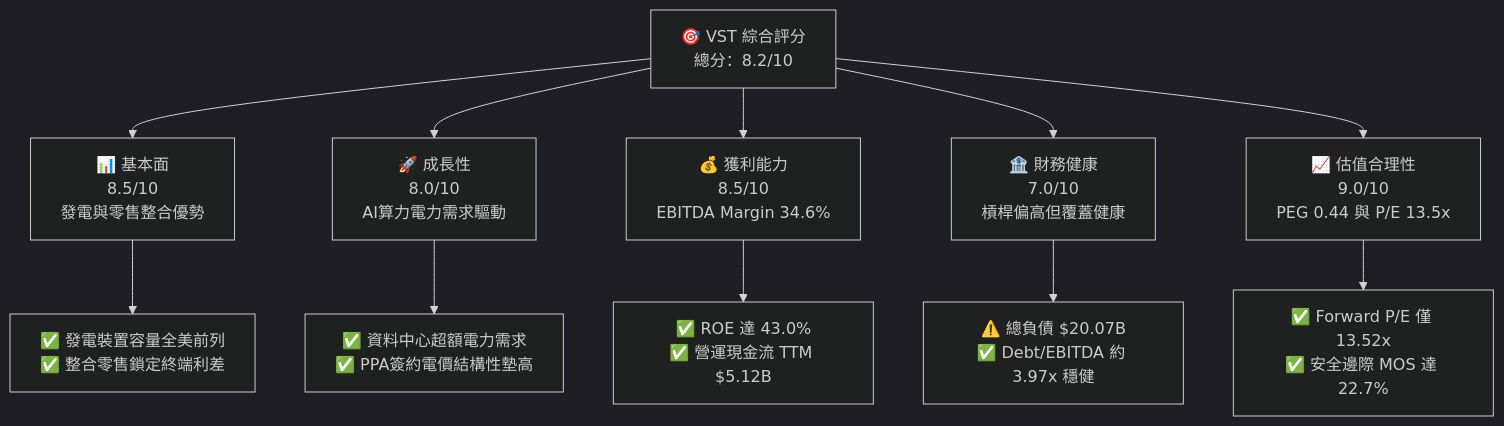
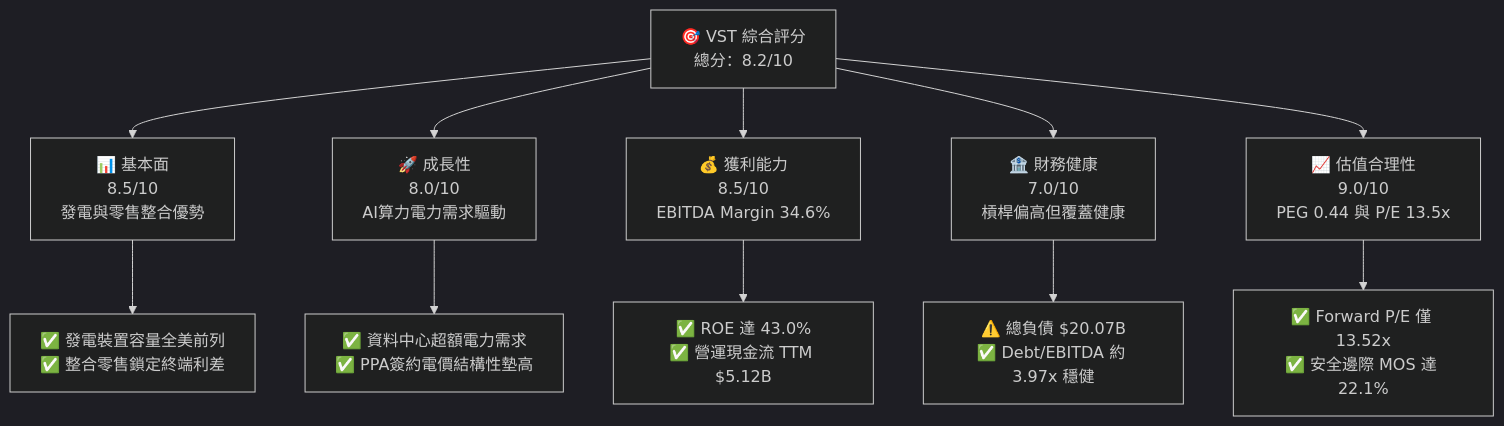
The first of 15 diagrams in ai_gen_report/fundamental/vst/fundamental_analysis_2026-10-22_gemini.md (yennanliu/finance_data), drawn with Mermaid (dark theme) before and after one commit. The commit also changed other lines of this file and 339 other files, not shown here.

````diff
--- a/ai_gen_report/fundamental/vst/fundamental_analysis_2026-10-22_gemini.md
+++ b/ai_gen_report/fundamental/vst/fundamental_analysis_2026-10-22_gemini.md
@@ -58,22 +65,22 @@
 ```mermaid
 graph TD
     TICKER["🎯 VST 綜合評分<br/>總分：8.2/10"]
 
     F["📊 基本面<br/>8.5/10<br/>發電與零售整合優勢"]
     G["🚀 成長性<br/>8.0/10<br/>AI算力電力需求驅動"]
     P["💰 獲利能力<br/>8.5/10<br/>EBITDA Margin 34.6%"]
     B["🏦 財務健康<br/>7.0/10<br/>槓桿偏高但覆蓋健康"]
     V["📈 估值合理性<br/>9.0/10<br/>PEG 0.44 與 P/E 13.5x"]
 
     TICKER --> F
     TICKER --> G
     TICKER --> P
     TICKER --> B
     TICKER --> V
 
     F --> F1["✅ 發電裝置容量全美前列<br/>✅ 整合零售鎖定終端利差"]
     G --> G1["✅ 資料中心超額電力需求<br/>✅ PPA簽約電價結構性墊高"]
     P --> P1["✅ ROE 達 43.0%<br/>✅ 營運現金流 TTM $5.12B"]
     B --> B1["⚠️ 總負債 $20.07B<br/>✅ Debt/EBITDA 約 3.97x 穩健"]
-    V --> V1["✅ Forward P/E 僅 13.52x<br/>✅ 安全邊際 MOS 達 22.7%"]
+    V --> V1["✅ Forward P/E 僅 13.52x<br/>✅ 安全邊際 MOS 達 22.1%"]
 ```
````
